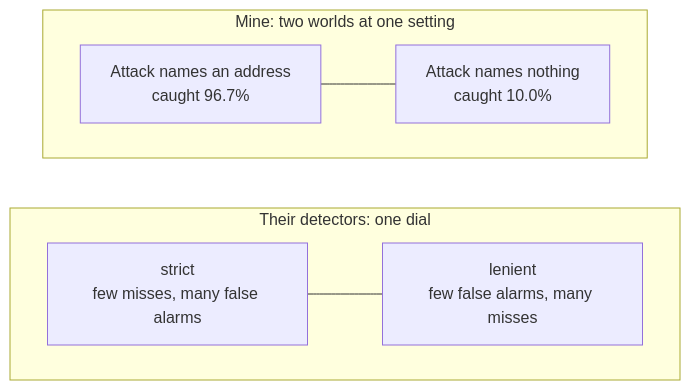
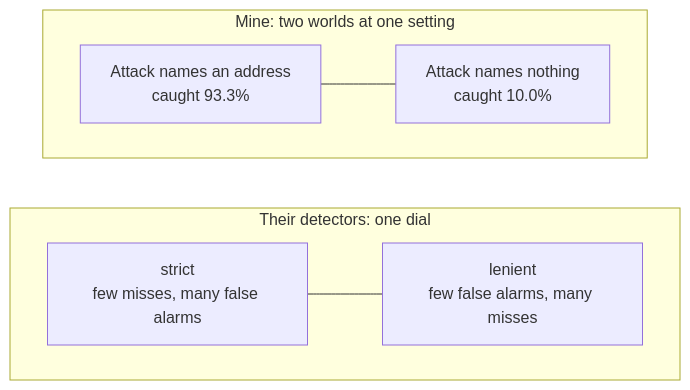
The fourth of 6 diagrams in writeup/07-how-my-research-differs.md (ahmadkhanraj01/adaptishield), drawn with Mermaid before and after one commit. The commit also changed other lines of this file and 5 other files, not shown here.

````diff
--- a/writeup/07-how-my-research-differs.md
+++ b/writeup/07-how-my-research-differs.md
@@ -108,11 +108,11 @@
 ```mermaid
 flowchart LR
-    subgraph D[Their detectors: one dial]
+    subgraph D["Their detectors: one dial"]
       direction LR
-      d1[strict<br/>few misses, many false alarms] --- d2[lenient<br/>few false alarms, many misses]
+      d1["strict<br/>few misses, many false alarms"] --- d2["lenient<br/>few false alarms, many misses"]
     end
-    subgraph M[Mine: two worlds at one setting]
+    subgraph M["Mine: two worlds at one setting"]
       direction LR
-      m1[Attack names an address<br/>caught 96.7%] --- m2[Attack names nothing<br/>caught 10.0%]
+      m1["Attack names an address<br/>caught 93.3%"] --- m2["Attack names nothing<br/>caught 10.0%"]
     end
 ```
````
